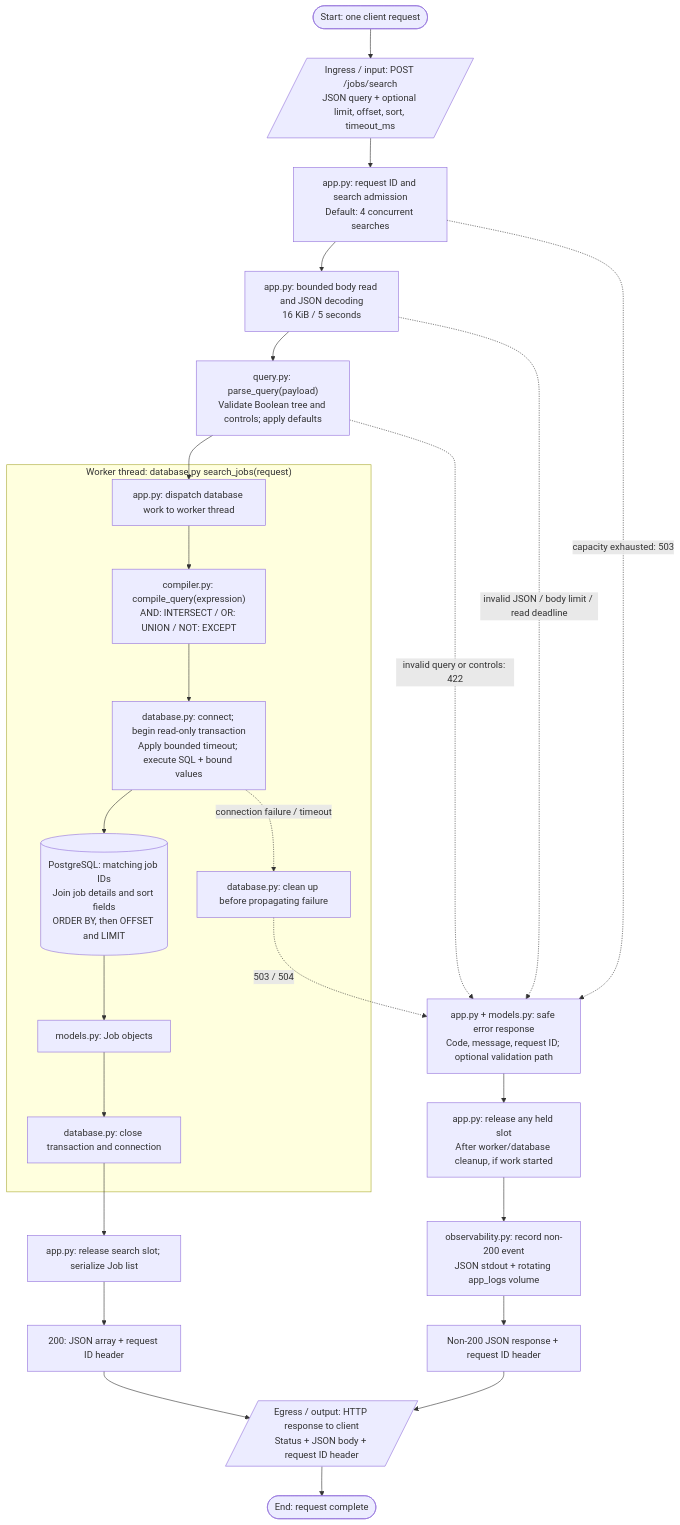
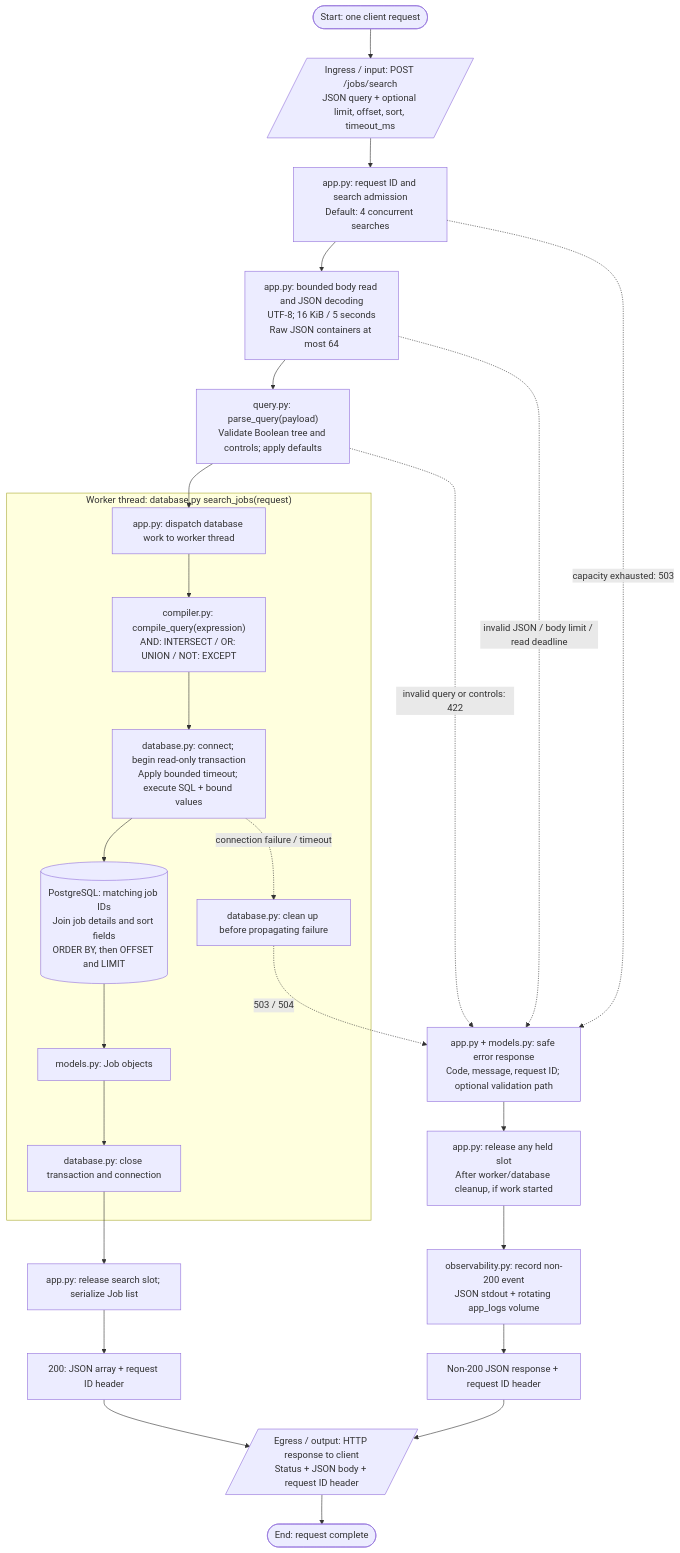
The diagram in docs/code-flow.md (XanderYoon/sumble-project), drawn with Mermaid before and after one commit. The commit also changed other lines of this file and 3 other files, not shown here.

````diff
--- a/docs/code-flow.md
+++ b/docs/code-flow.md
@@ -9,31 +7,31 @@
 ```mermaid
 flowchart TD
     START(["Start: one client request"]) --> INPUT[/"Ingress / input: POST /jobs/search<br/>JSON query + optional limit, offset, sort, timeout_ms"/]
     INPUT --> A["app.py: request ID and search admission<br/>Default: 4 concurrent searches"]
-    A --> B["app.py: bounded body read and JSON decoding<br/>16 KiB / 5 seconds"]
+    A --> B["app.py: bounded body read and JSON decoding<br/>UTF-8; 16 KiB / 5 seconds<br/>Raw JSON containers at most 64"]
     B --> Q["query.py: parse_query(payload)<br/>Validate Boolean tree and controls; apply defaults"]
     Q --> T["app.py: dispatch database work to worker thread"]
 
     subgraph W["Worker thread: database.py search_jobs(request)"]
         T --> K["compiler.py: compile_query(expression)<br/>AND: INTERSECT / OR: UNION / NOT: EXCEPT"]
         K --> SQL["database.py: connect; begin read-only transaction<br/>Apply bounded timeout; execute SQL + bound values"]
         SQL --> PG[("PostgreSQL: matching job IDs<br/>Join job details and sort fields<br/>ORDER BY, then OFFSET and LIMIT")]
         PG --> J["models.py: Job objects"]
         J --> CLEAN["database.py: close transaction and connection"]
         SQL -. "connection failure / timeout" .-> FAIL["database.py: clean up before propagating failure"]
     end
 
     CLEAN --> OK["app.py: release search slot; serialize Job list"]
     OK --> SUCCESS["200: JSON array + request ID header"]
     SUCCESS --> OUTPUT[/"Egress / output: HTTP response to client<br/>Status + JSON body + request ID header"/]
 
     A -. "capacity exhausted: 503" .-> E["app.py + models.py: safe error response<br/>Code, message, request ID; optional validation path"]
     B -. "invalid JSON / body limit / read deadline" .-> E
     Q -. "invalid query or controls: 422" .-> E
     FAIL -. "503 / 504" .-> E
     E --> RELEASE["app.py: release any held slot<br/>After worker/database cleanup, if work started"]
     RELEASE --> LOG["observability.py: record non-200 event<br/>JSON stdout + rotating app_logs volume"]
     LOG --> ERROR["Non-200 JSON response + request ID header"]
     ERROR --> OUTPUT
     OUTPUT --> FINISH(["End: request complete"])
 ```
````
